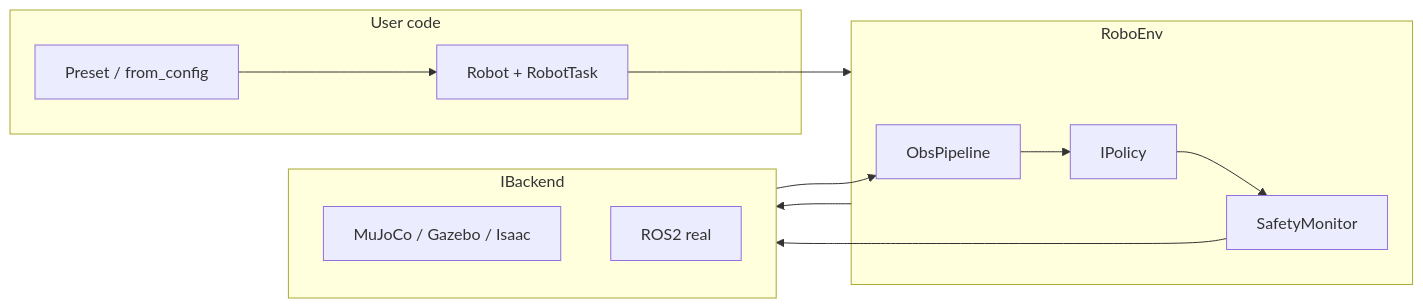
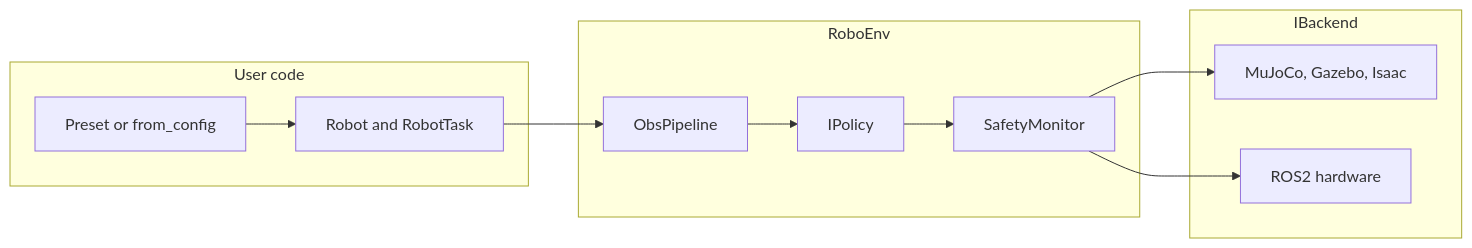
The diagram in README.md (NitinSudarsanam/RoboDeploy), drawn with Mermaid before and after one commit.

Commit message:
docs: fix README mermaid diagram for GitHub rendering
Connect explicit node IDs instead of subgraph names. Quote labels with
special characters so GitHub Mermaid parser does not fail.

````diff
--- a/README.md
+++ b/README.md
@@ -86,23 +86,22 @@
 ```mermaid
 flowchart LR
-  subgraph user [User code]
-    Preset[Preset / from_config]
-    Robot[Robot + RobotTask]
+  subgraph userCode [User code]
+    Preset["Preset or from_config"]
+    Robot["Robot and RobotTask"]
   end
-  subgraph runtime [RoboEnv]
+  subgraph robodeploy [RoboEnv]
     Obs[ObsPipeline]
+    Policy[IPolicy]
     Safety[SafetyMonitor]
-    Policy[IPolicy]
   end
-  subgraph backend [IBackend]
-    Sim[MuJoCo / Gazebo / Isaac]
-    HW[ROS2 real]
+  subgraph backends [IBackend]
+    Sim["MuJoCo, Gazebo, Isaac"]
+    HW["ROS2 hardware"]
   end
   Preset --> Robot
-  Robot --> runtime
-  runtime --> backend
-  backend --> Obs
+  Robot --> Obs
   Obs --> Policy
   Policy --> Safety
-  Safety --> backend
+  Safety --> Sim
+  Safety --> HW
 ```
````
